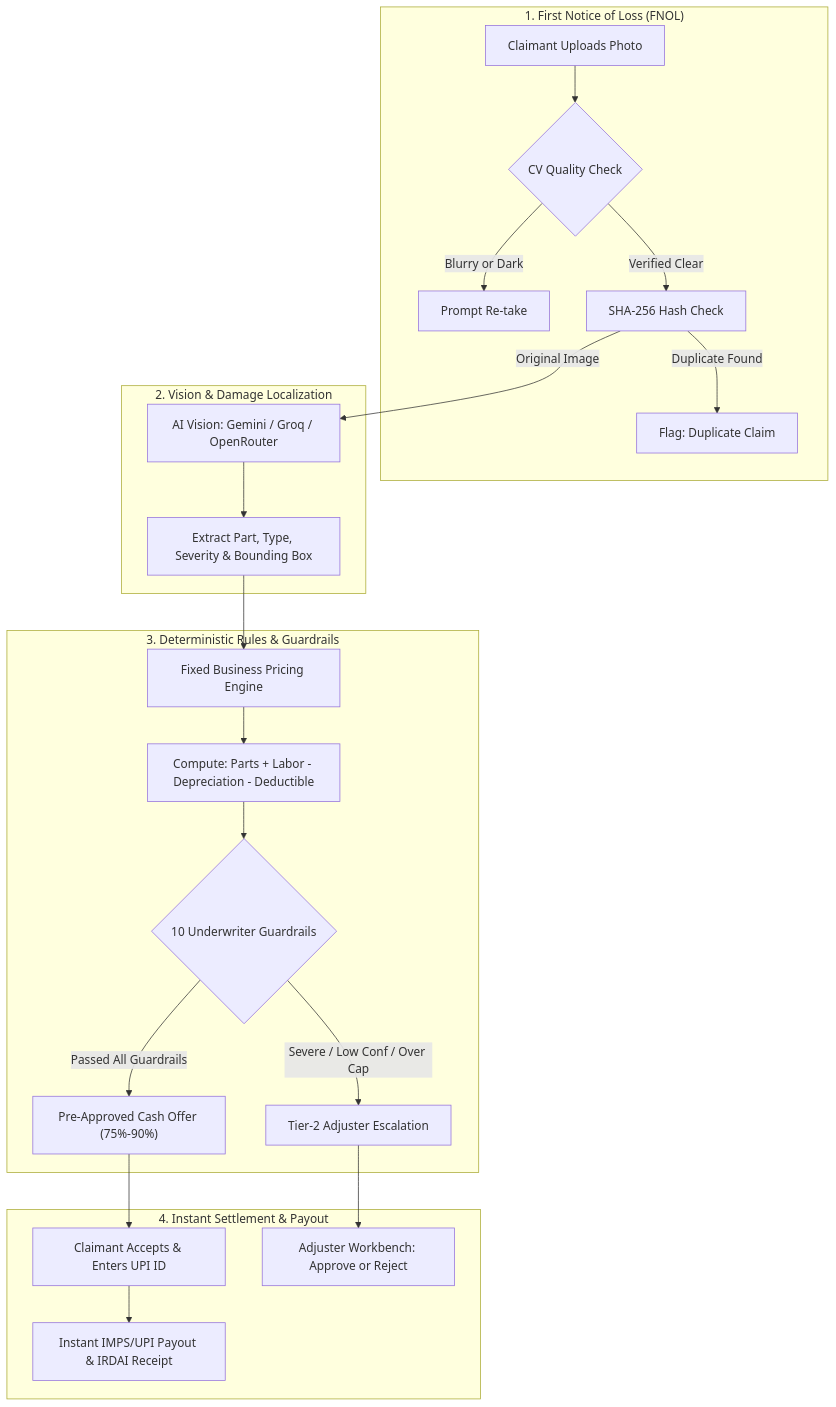
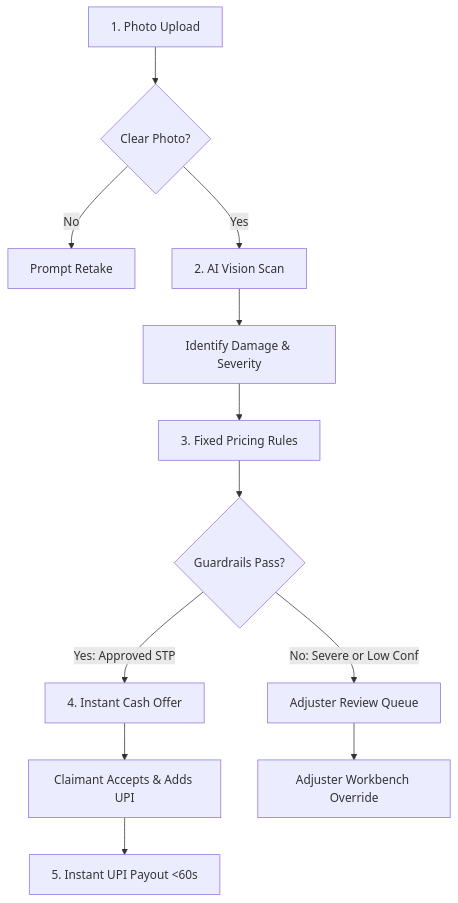
Before and after one commit to namang34/Auto-Settle-AI: the diagram in README.md, drawn with Mermaid. The commit also changed other lines of this file, not shown here.

Commit message:
Style: simplify Mermaid diagram with concise labels and clean ASCII fallback

````diff
--- a/README.md
+++ b/README.md
@@ -64,28 +64,14 @@
 ```mermaid
 flowchart TD
-    subgraph Intake["1. First Notice of Loss (FNOL)"]
-        A["Claimant Uploads Photo"] --> B{"CV Quality Check"}
-        B -->|Blurry or Dark| B1["Prompt Re-take"]
-        B -->|Verified Clear| C["SHA-256 Hash Check"]
-        C -->|Duplicate Found| D["Flag: Duplicate Claim"]
-    end
-
-    subgraph Vision["2. Vision & Damage Localization"]
-        C -->|Original Image| E["AI Vision: Gemini / Groq / OpenRouter"]
-        E --> F["Extract Part, Type, Severity & Bounding Box"]
-    end
-
-    subgraph Valuation["3. Deterministic Rules & Guardrails"]
-        F --> G["Fixed Business Pricing Engine"]
-        G --> H["Compute: Parts + Labor - Depreciation - Deductible"]
-        H --> I{"10 Underwriter Guardrails"}
-        I -->|Severe / Low Conf / Over Cap| J["Tier-2 Adjuster Escalation"]
-        I -->|Passed All Guardrails| K["Pre-Approved Cash Offer (75%-90%)"]
-    end
-
-    subgraph Payout["4. Instant Settlement & Payout"]
-        K --> L["Claimant Accepts & Enters UPI ID"]
-        L --> M["Instant IMPS/UPI Payout & IRDAI Receipt"]
-        J --> N["Adjuster Workbench: Approve or Reject"]
-    end
+    A[1. Photo Upload] --> B{Clear Photo?}
+    B -->|No| B1[Prompt Retake]
+    B -->|Yes| C[2. AI Vision Scan]
+    C --> D[Identify Damage & Severity]
+    D --> E[3. Fixed Pricing Rules]
+    E --> F{Guardrails Pass?}
+    F -->|No: Severe or Low Conf| G[Adjuster Review Queue]
+    F -->|Yes: Approved STP| H[4. Instant Cash Offer]
+    H --> I[Claimant Accepts & Adds UPI]
+    I --> J[5. Instant UPI Payout <60s]
+    G --> K[Adjuster Workbench Override]
 ```
````
